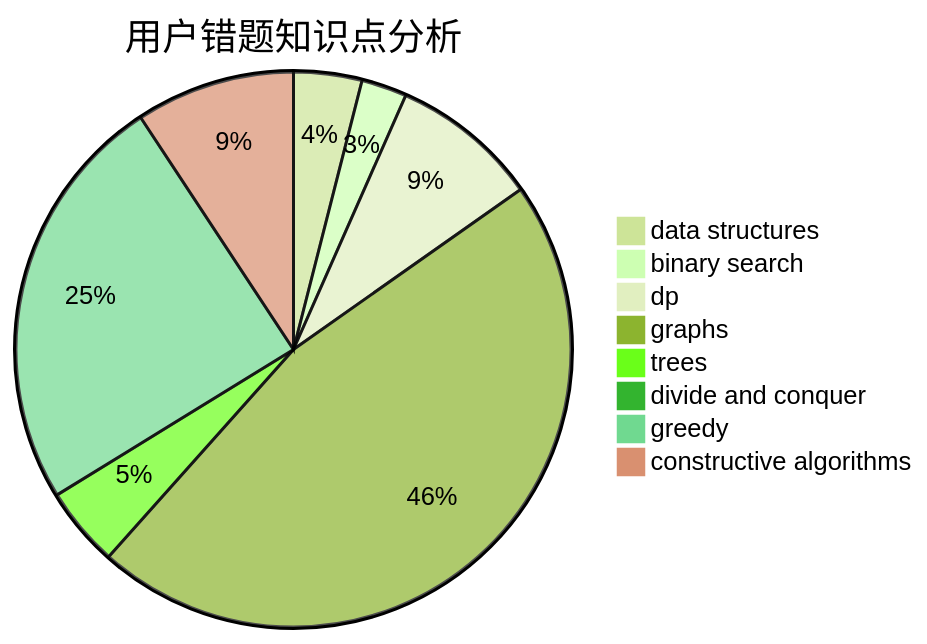
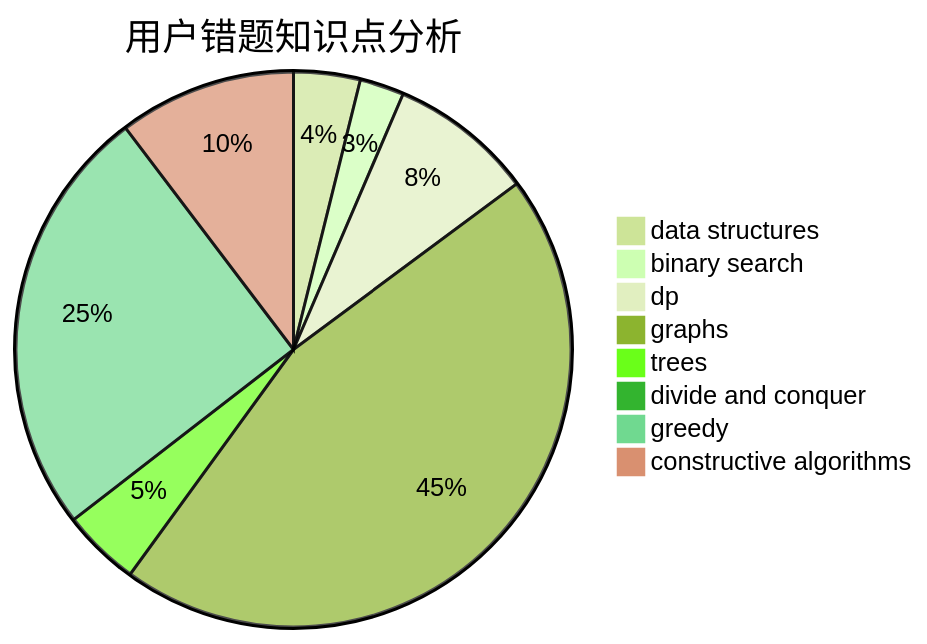
The third of 3 diagrams in docs/user/u1458.md (sherpahu/cfrs.github.io), drawn with Mermaid (forest theme) before and after one commit. The commit also changed other lines of this file and 2770 other files, not shown here.

````diff
--- a/docs/user/u1458.md
+++ b/docs/user/u1458.md
@@ -36,11 +36,11 @@
 ```mermaid
 pie title 用户错题知识点分析
     "data structures" :  6
     "binary search" :  4
     "dp" :  13
     "graphs" :  70
     "trees" :  7
     "divide and conquer" :  0
-    "greedy" :  37
-    "constructive algorithms" :  14
+    "greedy" :  39
+    "constructive algorithms" :  16
 ```
````
